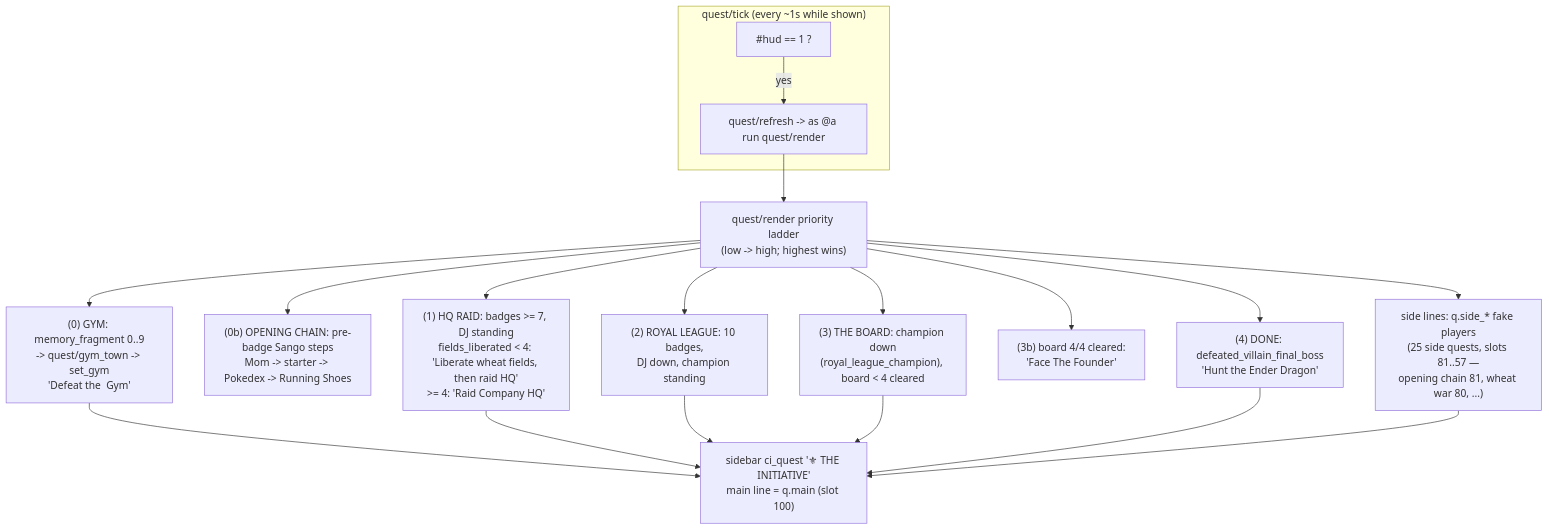
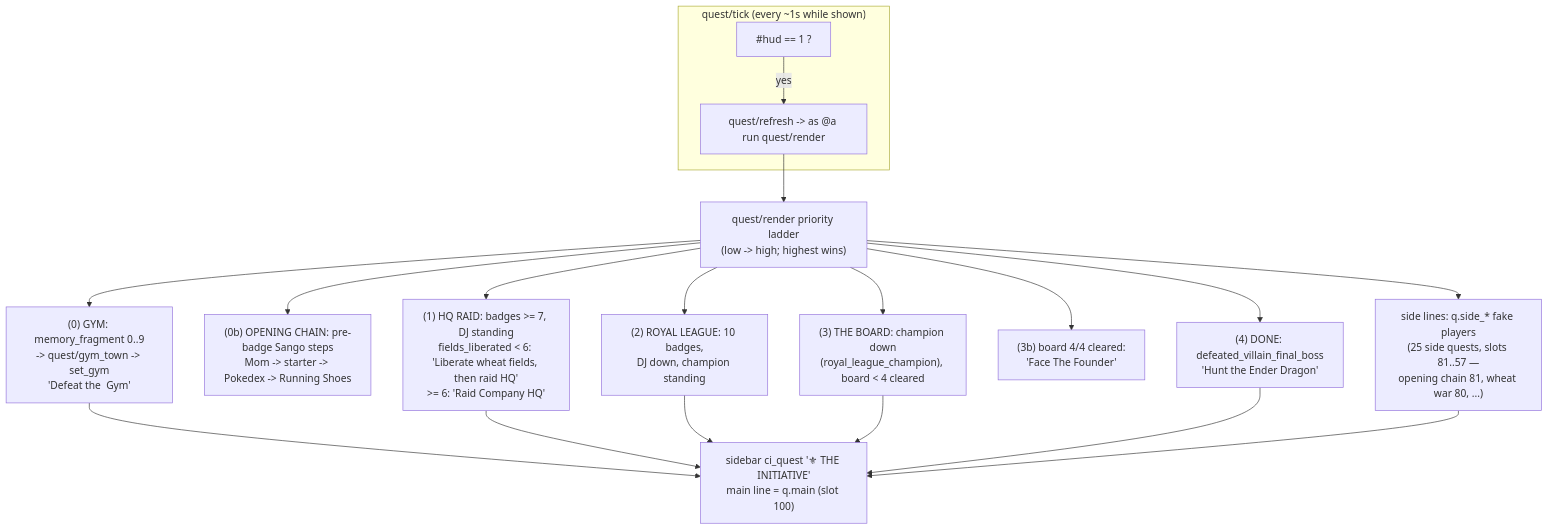
The seventh of 11 diagrams in docs/ARCHITECTURE_DATA_FLOWS.md (The-Company-Inc-Nerds/the-cobblemon-initiative), drawn with Mermaid before and after one commit. The commit also changed other lines of this file and 309 other files, not shown here.

````diff
--- a/docs/ARCHITECTURE_DATA_FLOWS.md
+++ b/docs/ARCHITECTURE_DATA_FLOWS.md
@@ -231,21 +231,21 @@
 ```mermaid
 flowchart TD
   subgraph Loop["quest/tick (every ~1s while shown)"]
     TK["#hud == 1 ?"] -->|yes| RF["quest/refresh -> as @a run quest/render"]
   end
   RF --> R0["quest/render priority ladder<br/>(low -> high; highest wins)"]
   R0 --> P0["(0) GYM: memory_fragment 0..9<br/>-> quest/gym_town -> set_gym<br/>'Defeat the <Town> Gym'"]
   R0 --> P0b["(0b) OPENING CHAIN: pre-badge Sango steps<br/>Mom -> starter -> Pokedex -> Running Shoes"]
-  R0 --> P1["(1) HQ RAID: badges >= 7, DJ standing<br/>fields_liberated < 4: 'Liberate wheat fields, then raid HQ'<br/>>= 4: 'Raid Company HQ'"]
+  R0 --> P1["(1) HQ RAID: badges >= 7, DJ standing<br/>fields_liberated < 6: 'Liberate wheat fields, then raid HQ'<br/>>= 6: 'Raid Company HQ'"]
   R0 --> P2["(2) ROYAL LEAGUE: 10 badges,<br/>DJ down, champion standing"]
   R0 --> P3["(3) THE BOARD: champion down<br/>(royal_league_champion), board < 4 cleared"]
   R0 --> P3b["(3b) board 4/4 cleared:<br/>'Face The Founder'"]
   R0 --> P4["(4) DONE: defeated_villain_final_boss<br/>'Hunt the Ender Dragon'"]
   R0 --> S["side lines: q.side_* fake players<br/>(25 side quests, slots 81..57 —<br/>opening chain 81, wheat war 80, ...)"]
   P0 --> OUT["sidebar ci_quest '⚜ THE INITIATIVE'<br/>main line = q.main (slot 100)"]
   P1 --> OUT
   P2 --> OUT
   P3 --> OUT
   P4 --> OUT
   S --> OUT
 ```
````
